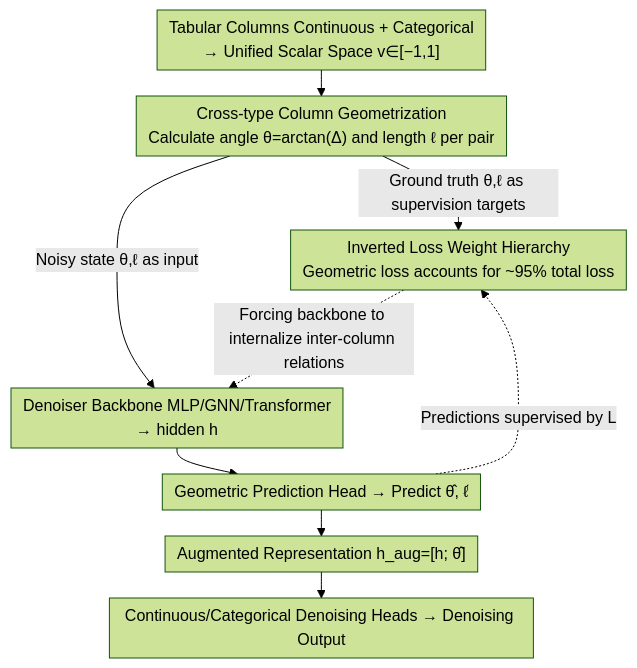
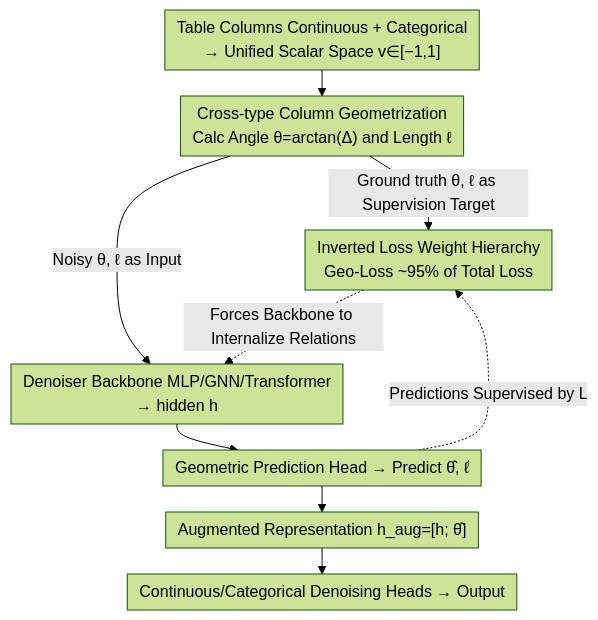
The diagram in docs/ICML2026/image_generation/geometry-aware_tabular_diffusion.md (zhaoyang97/Paper-Notes-en), drawn with Mermaid (forest theme) before and after one commit. The commit also changed other lines of this file and 5084 other files, not shown here.

````diff
--- a/docs/ICML2026/image_generation/geometry-aware_tabular_diffusion.md
+++ b/docs/ICML2026/image_generation/geometry-aware_tabular_diffusion.md
@@ -45,12 +45,12 @@
 ```mermaid
 %%{init: {'flowchart': {'rankSpacing': 26, 'nodeSpacing': 30, 'padding': 6, 'wrappingWidth': 400}}}%%
 flowchart TD
-    A["Tabular Columns Continuous + Categorical<br/>→ Unified Scalar Space v∈[−1,1]"] --> C["Cross-type Column Geometrization<br/>Calculate angle θ=arctan(Δ) and length ℓ per pair"]
-    C -->|"Ground truth θ,ℓ as supervision targets"| L["Inverted Loss Weight Hierarchy<br/>Geometric loss accounts for ~95% total loss"]
-    C -->|"Noisy state θ,ℓ as input"| D["Denoiser Backbone MLP/GNN/Transformer<br/>→ hidden h"]
+    A["Table Columns Continuous + Categorical<br/>→ Unified Scalar Space v∈[−1,1]"] --> C["Cross-type Column Geometrization<br/>Calc Angle θ=arctan(Δ) and Length ℓ"]
+    C -->|"Ground truth θ, ℓ as Supervision Target"| L["Inverted Loss Weight Hierarchy<br/>Geo-Loss ~95% of Total Loss"]
+    C -->|"Noisy θ, ℓ as Input"| D["Denoiser Backbone MLP/GNN/Transformer<br/>→ hidden h"]
     D --> G["Geometric Prediction Head → Predict θ̂, ℓ̂"]
     G --> AUG["Augmented Representation h_aug=[h; θ̂]"]
-    AUG --> O["Continuous/Categorical Denoising Heads → Denoising Output"]
-    G -.->|"Predictions supervised by L"| L
-    L -.->|"Forcing backbone to internalize inter-column relations"| D
+    AUG --> O["Continuous/Categorical Denoising Heads → Output"]
+    G -.->|"Predictions Supervised by L"| L
+    L -.->|"Forces Backbone to Internalize Relations"| D
 ```
````
